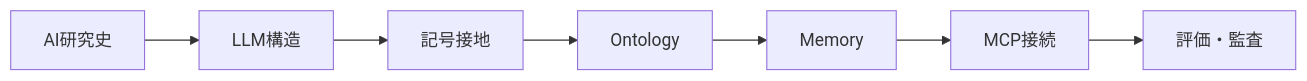
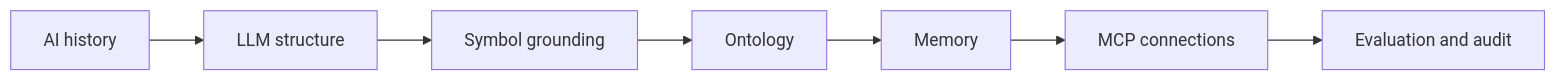
One commit to daylight55/research changed the first of 13 diagrams in content/blog/en/ai-llm-ontology-memory.mdx. Above: the diagram before and after it, drawn with Mermaid. The commit also changed other lines of this file and 26 other files, not shown here.

Commit message:
Translate English Mermaid labels

````diff
--- a/content/blog/en/ai-llm-ontology-memory.mdx
+++ b/content/blog/en/ai-llm-ontology-memory.mdx
@@ -32,9 +32,9 @@
 ```mermaid
 flowchart LR
-  A["AI研究史"] --> B["LLM構造"]
-  B --> C["記号接地"]
+  A["AI history"] --> B["LLM structure"]
+  B --> C["Symbol grounding"]
   C --> D["Ontology"]
   D --> E["Memory"]
-  E --> F["MCP接続"]
-  F --> G["評価・監査"]
+  E --> F["MCP connections"]
+  F --> G["Evaluation and audit"]
 ```
````
